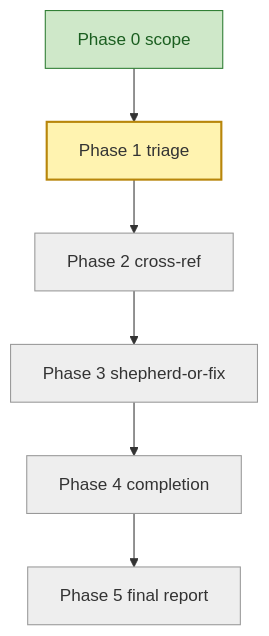
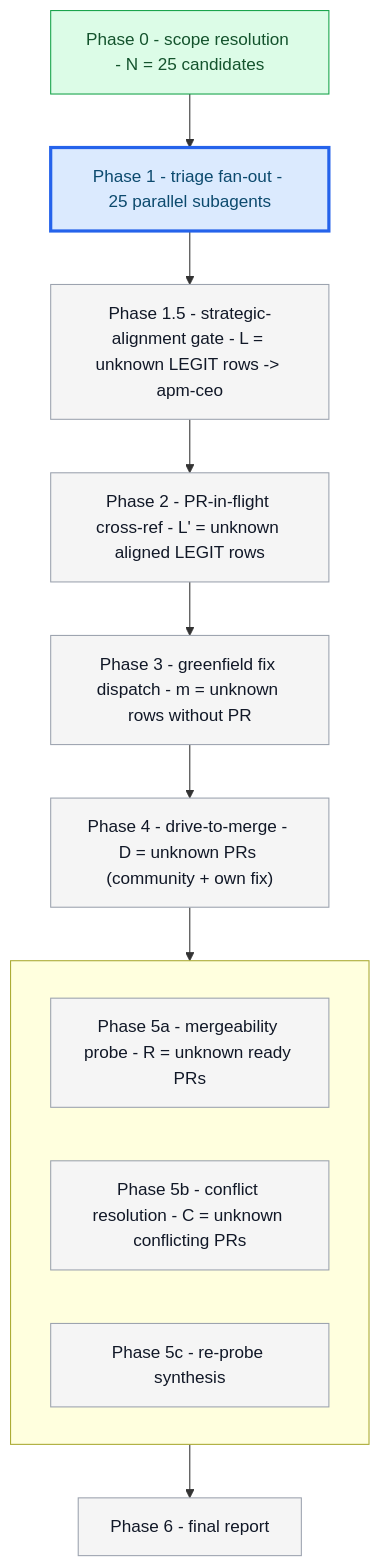
Before and after one commit to microsoft/apm: the second of 8 diagrams in packages/batch-bug-shepherd/.apm/skills/batch-bug-shepherd/evals/fixtures/sweep-bug-queue.with_skill.md, drawn with Mermaid. The commit also changed other lines of this file and 112 other files, not shown here.

````diff
--- a/packages/batch-bug-shepherd/.apm/skills/batch-bug-shepherd/evals/fixtures/sweep-bug-queue.with_skill.md
+++ b/packages/batch-bug-shepherd/.apm/skills/batch-bug-shepherd/evals/fixtures/sweep-bug-queue.with_skill.md
@@ -64,15 +72,26 @@
 ```mermaid
 flowchart TB
-    P0[Phase 0 scope]:::done
-    P1[Phase 1 triage]:::active
-    P2[Phase 2 cross-ref]:::pending
-    P3[Phase 3 shepherd-or-fix]:::pending
-    P4[Phase 4 completion]:::pending
-    P5[Phase 5 final report]:::pending
-    P0 --> P1 --> P2 --> P3 --> P4 --> P5
-    classDef pending fill:#eee,stroke:#999,color:#333
-    classDef active  fill:#fff3b0,stroke:#b8860b,color:#333,stroke-width:2px
-    classDef done    fill:#cfe8c9,stroke:#2e7d32,color:#1b5e20
-    classDef blocked fill:#f8c7c7,stroke:#b71c1c,color:#7f0000
-    classDef skipped fill:#f0f0f0,stroke:#bbb,color:#888,stroke-dasharray:3 3
+    P0["Phase 0 - scope resolution - N = 25 candidates"]:::done
+    P1["Phase 1 - triage fan-out - 25 parallel subagents"]:::active
+    P15["Phase 1.5 - strategic-alignment gate - L = unknown LEGIT rows -> apm-ceo"]:::pending
+    P2["Phase 2 - PR-in-flight cross-ref - L' = unknown aligned LEGIT rows"]:::pending
+    P3["Phase 3 - greenfield fix dispatch - m = unknown rows without PR"]:::pending
+    P4["Phase 4 - drive-to-merge - D = unknown PRs (community + own fix)"]:::pending
+
+    subgraph WAVE4[" "]
+        direction LR
+        P5a["Phase 5a - mergeability probe - R = unknown ready PRs"]:::pending
+        P5b["Phase 5b - conflict resolution - C = unknown conflicting PRs"]:::pending
+        P5c["Phase 5c - re-probe synthesis"]:::pending
+    end
+
+    P6["Phase 6 - final report"]:::pending
+
+    P0 --> P1 --> P15 --> P2 --> P3 --> P4 --> WAVE4 --> P6
+
+    classDef pending fill:#f5f5f5,stroke:#9ca3af,stroke-width:1px,color:#111827
+    classDef active  fill:#dbeafe,stroke:#2563eb,stroke-width:3px,color:#0c4a6e
+    classDef done    fill:#dcfce7,stroke:#16a34a,stroke-width:1px,color:#14532d
+    classDef blocked fill:#fef3c7,stroke:#d97706,stroke-width:2px,color:#78350f
+    classDef skipped fill:#f3f4f6,stroke:#6b7280,stroke-width:1px,stroke-dasharray:4 2,color:#374151
 ```
````
